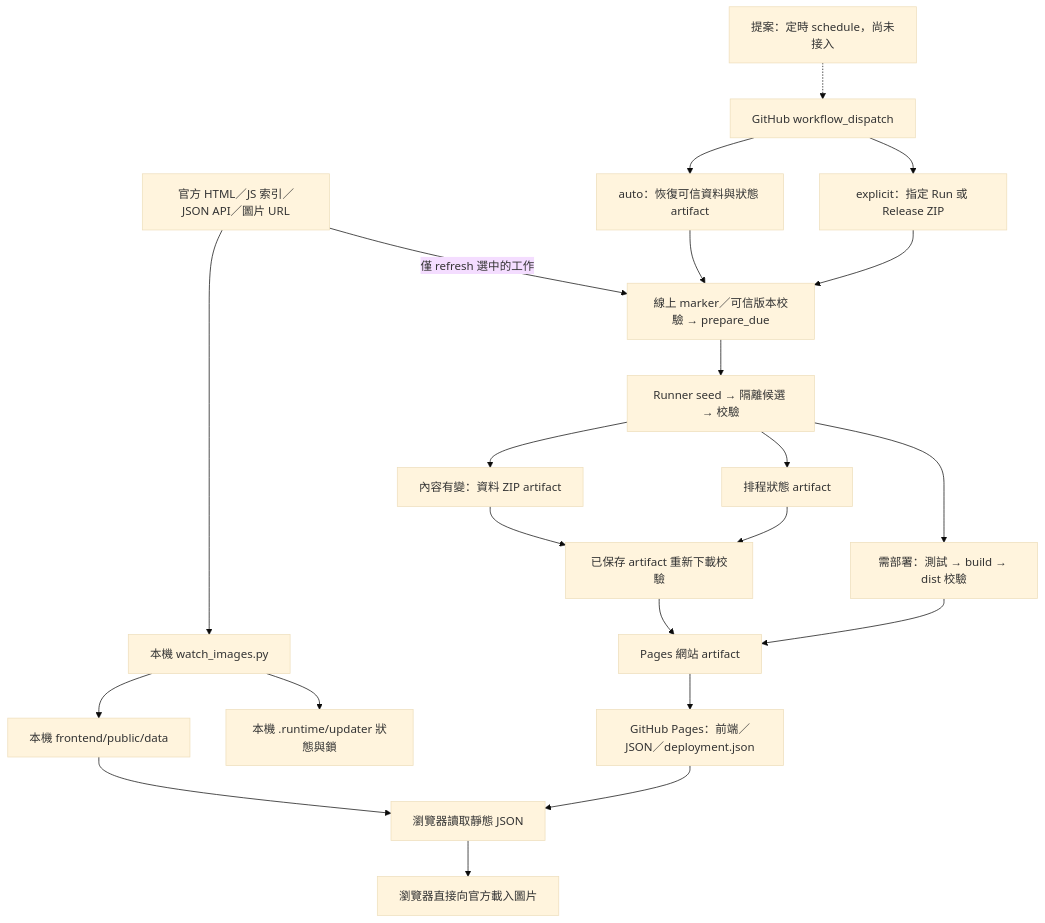
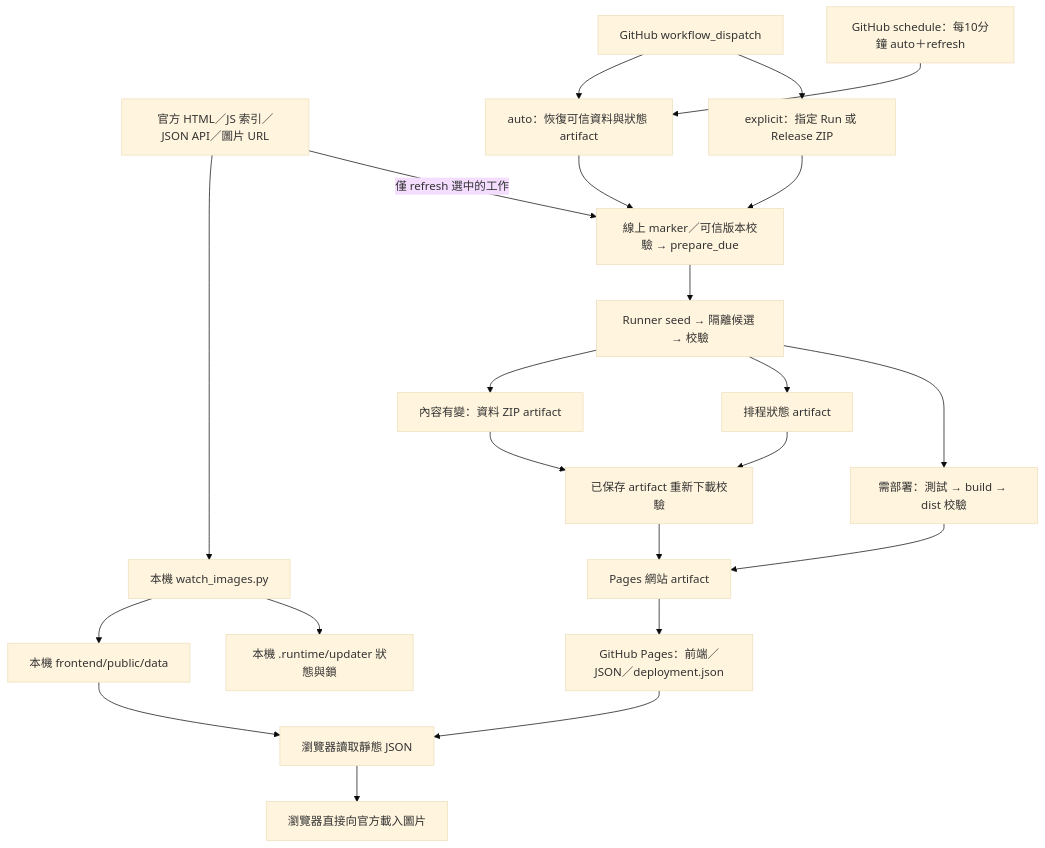
One commit to 22cthss-lgtm/Weather_Integration_Static changed the diagram in docs/data-flow.md. Above: the diagram before and after it, drawn with Mermaid (base theme). The commit also changed other lines of this file and 5 other files, not shown here.

````diff
--- a/docs/data-flow.md
+++ b/docs/data-flow.md
@@ -15,43 +15,43 @@
 ```mermaid
 flowchart TD
     S[官方 HTML／JS 索引／JSON API／圖片 URL]
     L[本機 watch_images.py]
     P[本機 frontend/public/data]
     LS[本機 .runtime/updater 狀態與鎖]
     J[GitHub workflow_dispatch]
     A[auto：恢復可信資料與狀態 artifact]
     E[explicit：指定 Run 或 Release ZIP]
     D[線上 marker／可信版本校驗 → prepare_due]
     C[Runner seed → 隔離候選 → 校驗]
     Z[內容有變：資料 ZIP artifact]
     ST[排程狀態 artifact]
     B[需部署：測試 → build → dist 校驗]
     V[已保存 artifact 重新下載校驗]
     PA[Pages 網站 artifact]
     PG[GitHub Pages：前端／JSON／deployment.json]
     BR[瀏覽器讀取靜態 JSON]
     IMG[瀏覽器直接向官方載入圖片]
-    Q[提案：定時 schedule，尚未接入]
+    Q[GitHub schedule：每10分鐘 auto＋refresh]
 
     S --> L
     L --> P
     L --> LS
     P --> BR
     J --> A
     J --> E
     A --> D
     E --> D
     S -->|僅 refresh 選中的工作| D
     D --> C
     C --> Z
     C --> ST
     C --> B
     Z --> V
     ST --> V
     B --> PA
     V --> PA
     PA --> PG
     PG --> BR
     BR --> IMG
-    Q -.-> J
+    Q --> A
 ```
````
